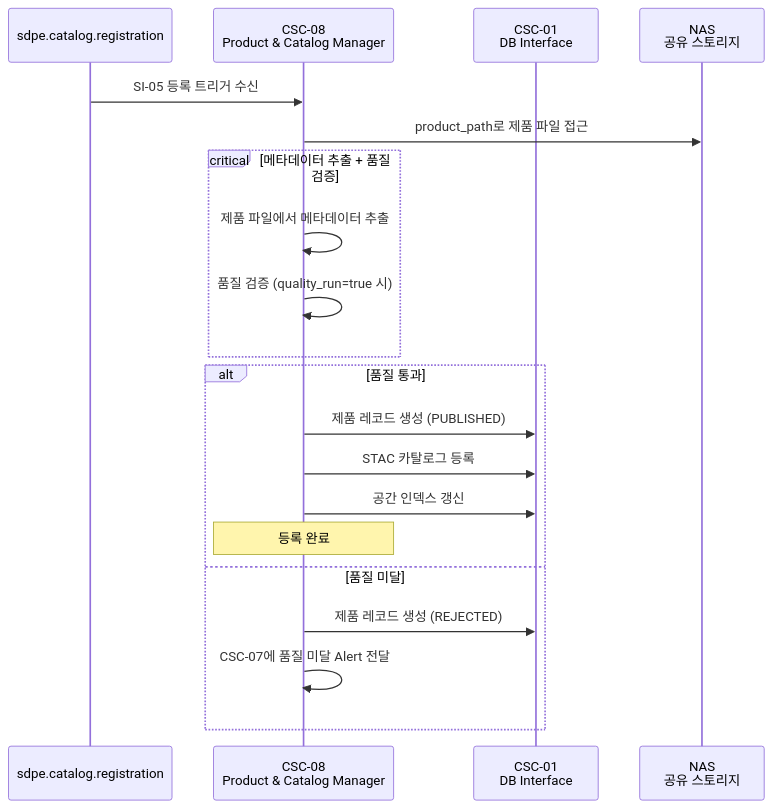
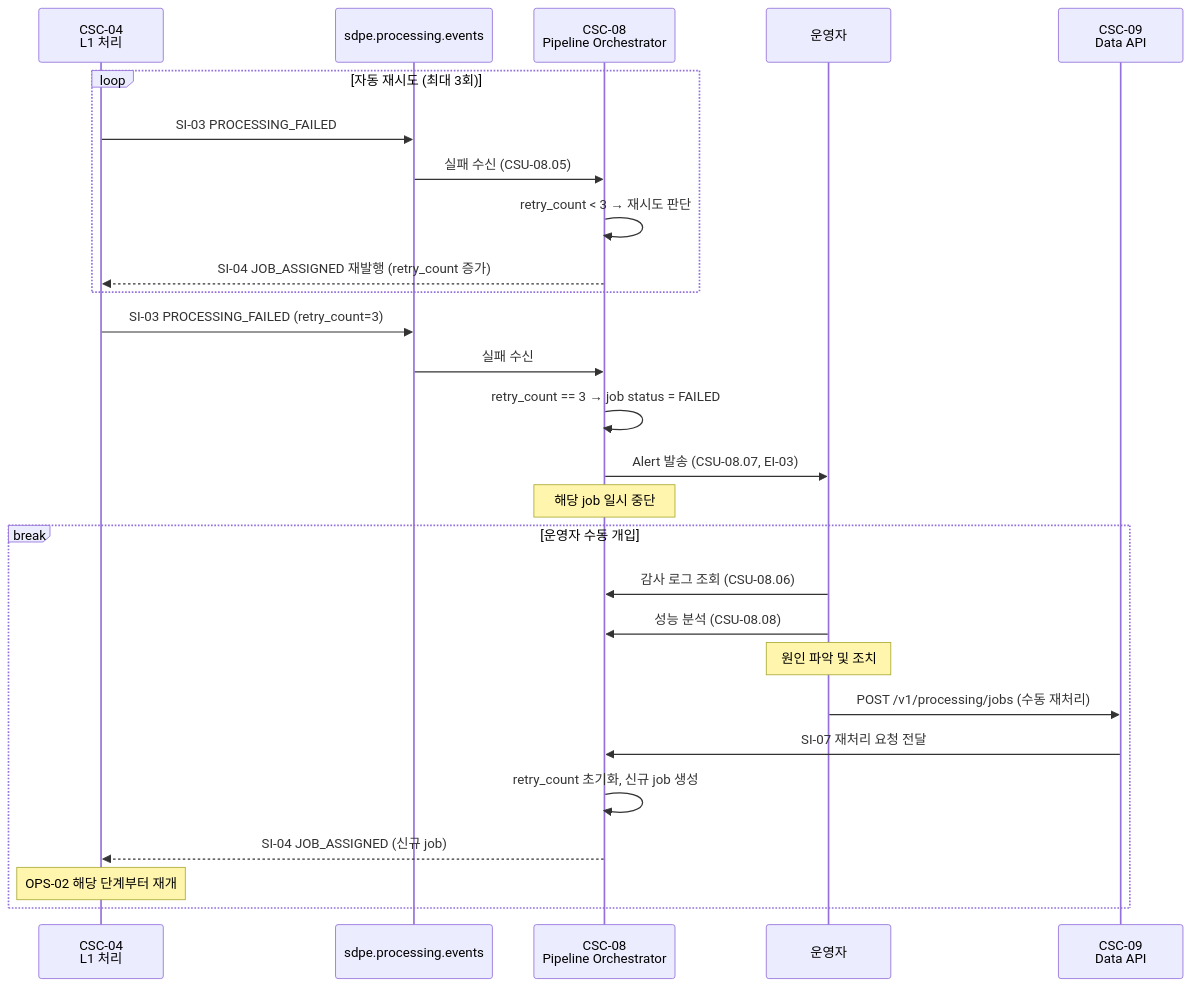
One commit to GTD-web/sar-data-process-element changed the second of 3 diagrams in interfaces/csc-8/README.md. Above: the diagram before and after it, drawn with Mermaid. The commit also changed other lines of this file and 139 other files, not shown here.

````diff
--- a/interfaces/csc-8/README.md
+++ b/interfaces/csc-8/README.md
@@ -60,25 +123,32 @@
 ```mermaid
 sequenceDiagram
-    participant Q_CR as sdpe.catalog.registration
-    participant CSC08 as CSC-08<br/>Product & Catalog Manager
-    participant DB as CSC-01<br/>DB Interface
-    participant NAS as NAS<br/>공유 스토리지
+    participant CSC04 as CSC-04<br/>L1 처리
+    participant Q_PE as sdpe.processing.events
+    participant CSC08 as CSC-08<br/>Pipeline Orchestrator
+    participant OP as 운영자
+    participant CSC09 as CSC-09<br/>Data API
 
-    Q_CR->>CSC08: SI-05 등록 트리거 수신
-    CSC08->>NAS: product_path로 제품 파일 접근
-
-    critical 메타데이터 추출 + 품질 검증
-        CSC08->>CSC08: 제품 파일에서 메타데이터 추출
-        CSC08->>CSC08: 품질 검증 (quality_run=true 시)
+    loop 자동 재시도 (최대 3회)
+        CSC04->>Q_PE: SI-03 PROCESSING_FAILED
+        Q_PE->>CSC08: 실패 수신 (CSU-08.05)
+        CSC08->>CSC08: retry_count < 3 → 재시도 판단
+        CSC08-->>CSC04: SI-04 JOB_ASSIGNED 재발행 (retry_count 증가)
     end
 
-    alt 품질 통과
-        CSC08->>DB: 제품 레코드 생성 (PUBLISHED)
-        CSC08->>DB: STAC 카탈로그 등록
-        CSC08->>DB: 공간 인덱스 갱신
-        Note over CSC08: 등록 완료
-    else 품질 미달
-        CSC08->>DB: 제품 레코드 생성 (REJECTED)
-        CSC08->>CSC08: CSC-07에 품질 미달 Alert 전달
+    CSC04->>Q_PE: SI-03 PROCESSING_FAILED (retry_count=3)
+    Q_PE->>CSC08: 실패 수신
+    CSC08->>CSC08: retry_count == 3 → job status = FAILED
+    CSC08->>OP: Alert 발송 (CSU-08.07, EI-03)
+    Note over CSC08: 해당 job 일시 중단
+
+    break 운영자 수동 개입
+        OP->>CSC08: 감사 로그 조회 (CSU-08.06)
+        OP->>CSC08: 성능 분석 (CSU-08.08)
+        Note over OP: 원인 파악 및 조치
+        OP->>CSC09: POST /v1/processing/jobs (수동 재처리)
+        CSC09->>CSC08: SI-07 재처리 요청 전달
+        CSC08->>CSC08: retry_count 초기화, 신규 job 생성
+        CSC08-->>CSC04: SI-04 JOB_ASSIGNED (신규 job)
+        Note over CSC04: OPS-02 해당 단계부터 재개
     end
 ```
````
